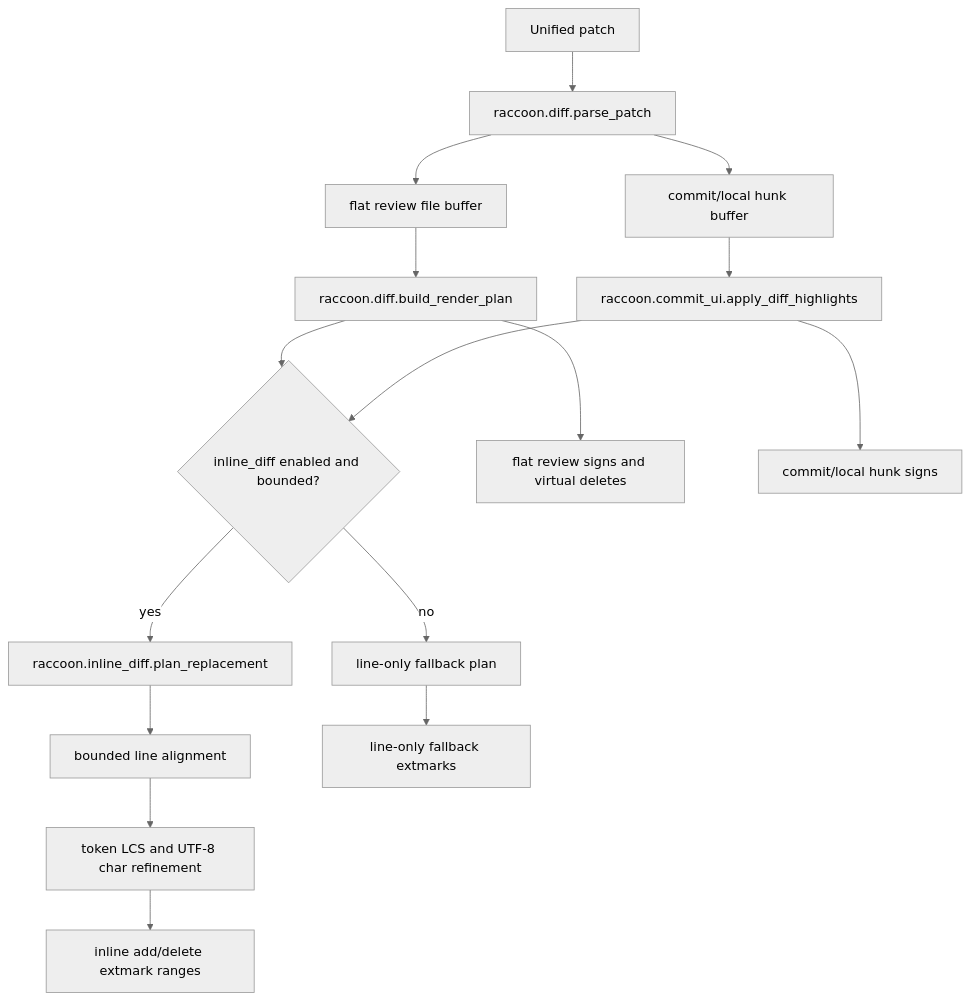
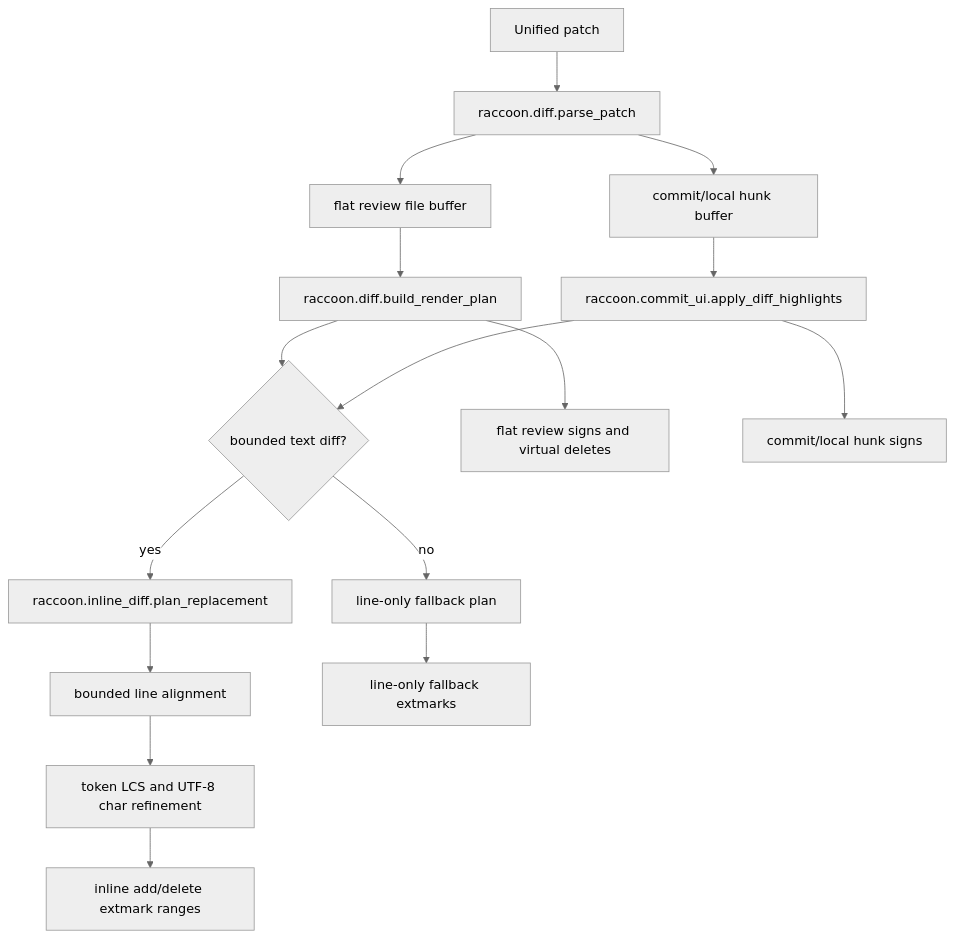
The diagram in ARCHITECTURE_DIFF.md (bajor/nvim-raccoon), drawn with Mermaid (neutral theme) before and after one commit. The commit also changed other lines of this file and 9 other files, not shown here.

First line of the commit message:
fix: make inline diff rendering internal

````diff
--- a/ARCHITECTURE_DIFF.md
+++ b/ARCHITECTURE_DIFF.md
@@ -9,18 +9,18 @@
 ```mermaid
 flowchart TD
     A[Unified patch] --> B[raccoon.diff.parse_patch]
     B --> C[flat review file buffer]
     B --> D[commit/local hunk buffer]
     C --> E[raccoon.diff.build_render_plan]
     D --> F[raccoon.commit_ui.apply_diff_highlights]
-    E --> G{inline_diff enabled and bounded?}
+    E --> G{bounded text diff?}
     F --> G
     G -->|yes| H[raccoon.inline_diff.plan_replacement]
     H --> I[bounded line alignment]
     I --> J[token LCS and UTF-8 char refinement]
     G -->|no| K[line-only fallback plan]
     J --> L[inline add/delete extmark ranges]
     K --> M[line-only fallback extmarks]
     E --> N[flat review signs and virtual deletes]
     F --> O[commit/local hunk signs]
 ```
````
